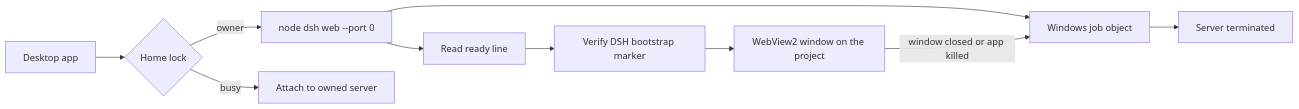
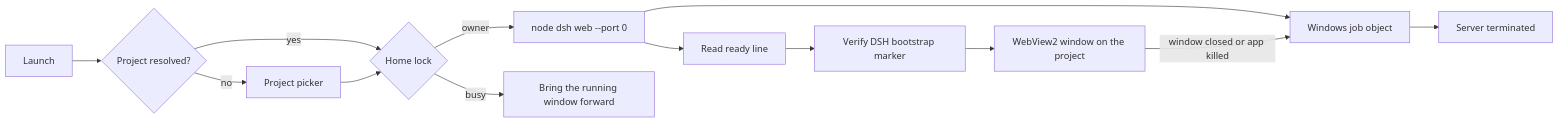
The diagram in README.md (desanv01/deepseek-harness-desktop-app), drawn with Mermaid before and after one commit. The commit also changed other lines of this file and 12 other files, not shown here.

First line of the commit message:
Add settings, project picker, tray icon, log rotation, and focus handoff

````diff
--- a/README.md
+++ b/README.md
@@ -55,12 +58,15 @@
 ```mermaid
 flowchart LR
-    App[Desktop app] --> Lock{Home lock}
+    Start[Launch] --> Resolve{Project resolved?}
+    Resolve -->|no| Picker[Project picker]
+    Resolve -->|yes| Lock{Home lock}
+    Picker --> Lock
     Lock -->|owner| Spawn[node dsh web --port 0]
-    Lock -->|busy| Attach[Attach to owned server]
+    Lock -->|busy| Focus[Bring the running window forward]
     Spawn --> Job[Windows job object]
     Spawn --> Ready[Read ready line]
     Ready --> Verify[Verify DSH bootstrap marker]
     Verify --> Window[WebView2 window on the project]
     Window -->|window closed or app killed| Job
     Job --> Stop[Server terminated]
 ```
````
